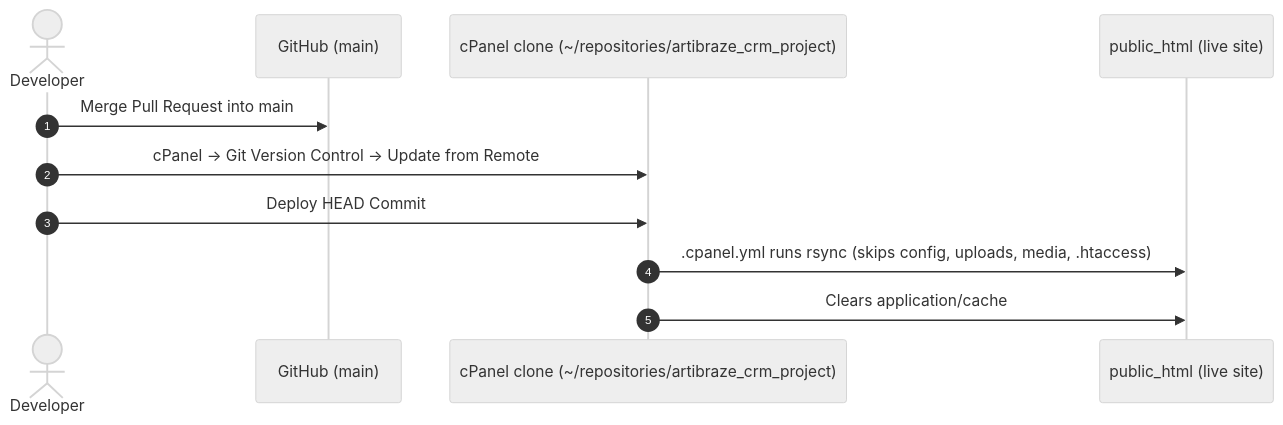
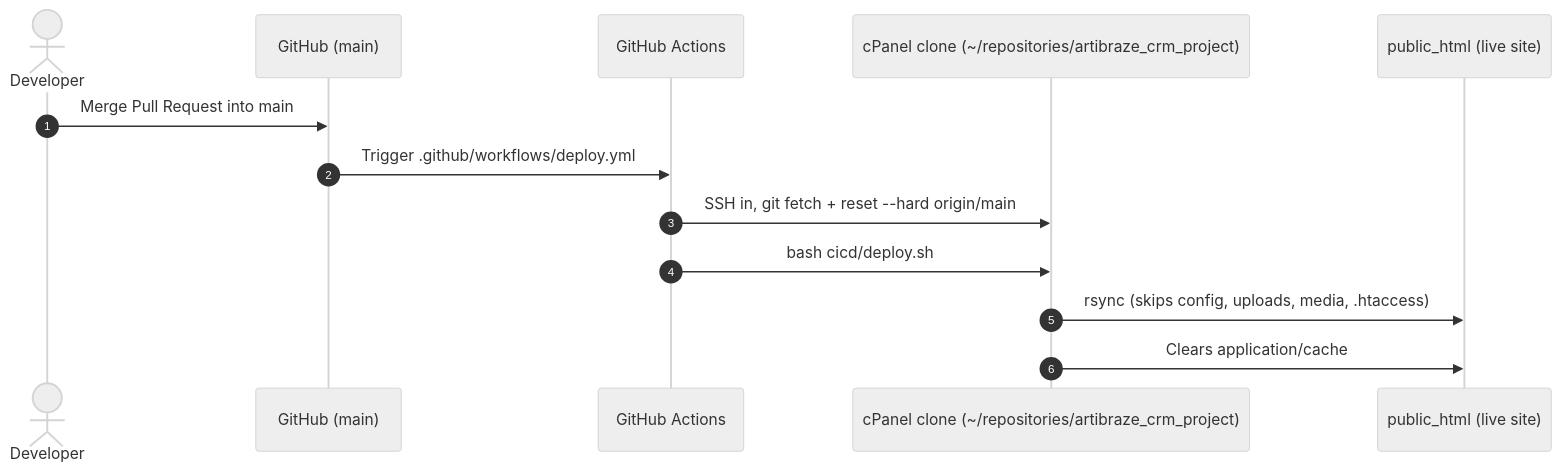
The diagram in cicd/CPANEL_CICD_SETUP_GUIDE.md (Nexgeno-Developers/artibraze_crm_project), drawn with Mermaid (neutral theme) before and after one commit. The commit also changed other lines of this file and 3 other files, not shown here.

First line of the commit message:
Automate deploys with GitHub Actions over SSH

````diff
--- a/cicd/CPANEL_CICD_SETUP_GUIDE.md
+++ b/cicd/CPANEL_CICD_SETUP_GUIDE.md
@@ -15,14 +13,16 @@
 ```mermaid
 sequenceDiagram
     autonumber
     actor Dev as Developer
     participant GH as GitHub (main)
+    participant GA as GitHub Actions
     participant REPO as cPanel clone (~/repositories/artibraze_crm_project)
     participant LIVE as public_html (live site)
 
     Dev->>GH: Merge Pull Request into main
-    Dev->>REPO: cPanel → Git Version Control → Update from Remote
-    Dev->>REPO: Deploy HEAD Commit
-    REPO->>LIVE: .cpanel.yml runs rsync (skips config, uploads, media, .htaccess)
+    GH->>GA: Trigger .github/workflows/deploy.yml
+    GA->>REPO: SSH in, git fetch + reset --hard origin/main
+    GA->>REPO: bash cicd/deploy.sh
+    REPO->>LIVE: rsync (skips config, uploads, media, .htaccess)
     REPO->>LIVE: Clears application/cache
 ```
````
